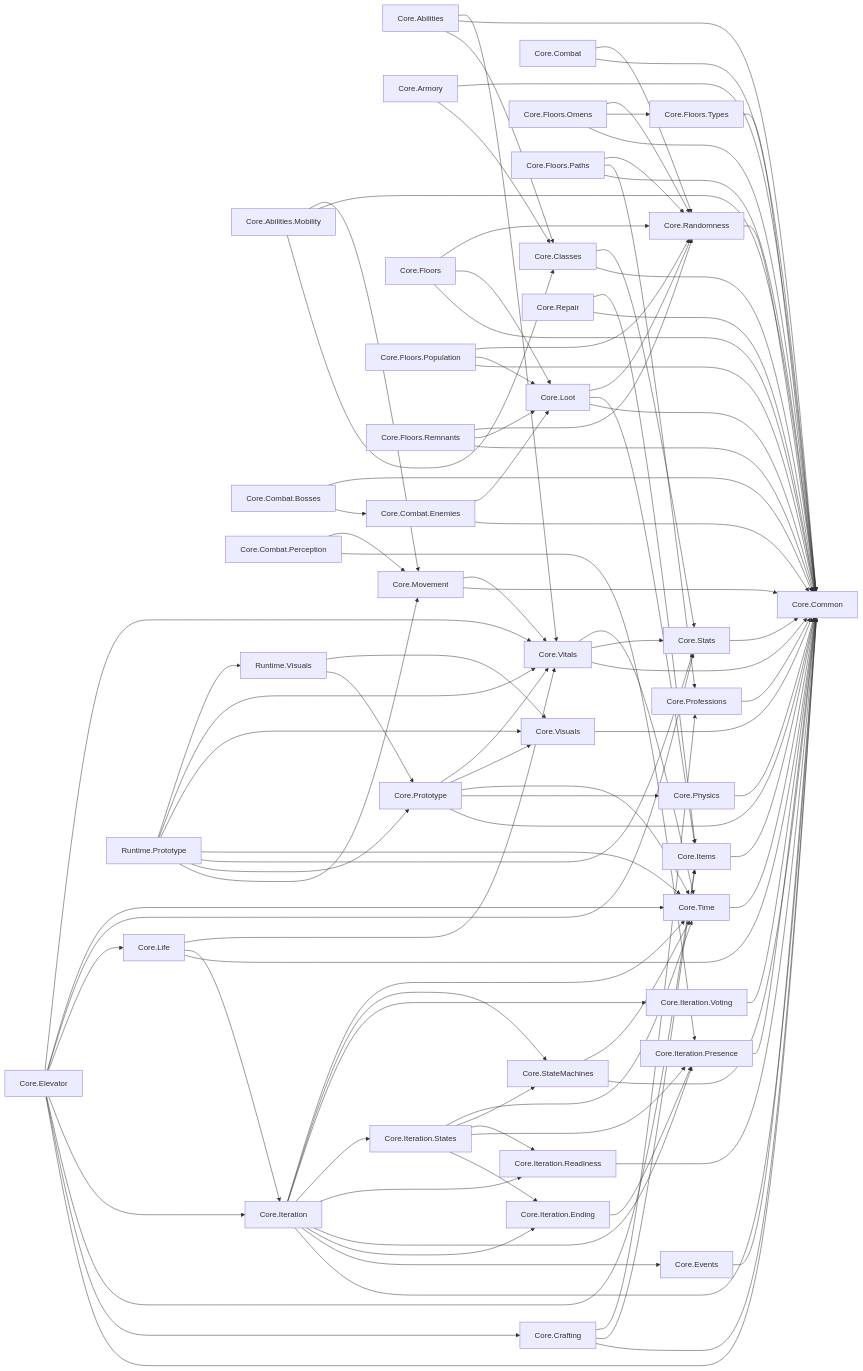
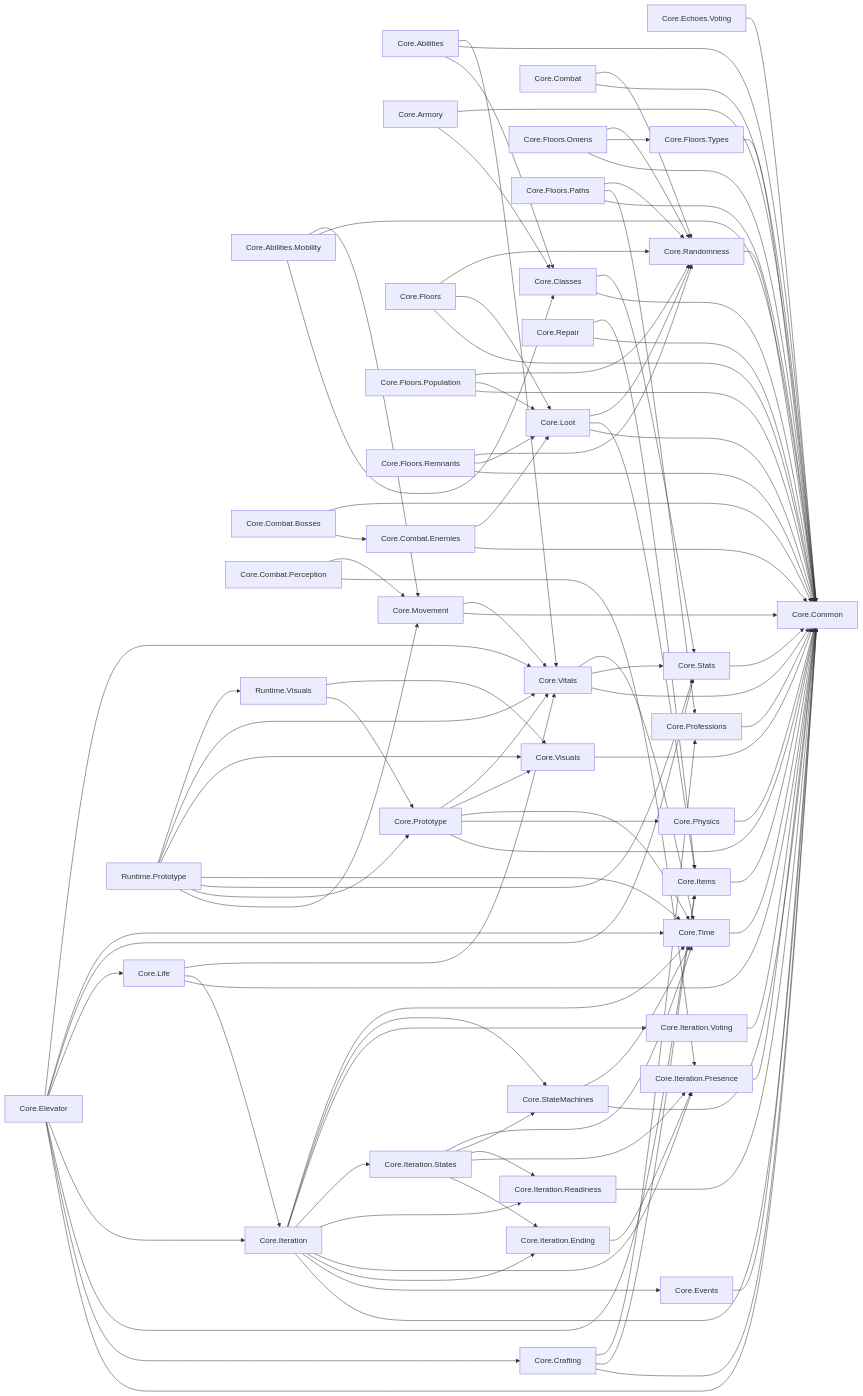
The diagram in docs/arquitectura/GRAFO.md (LazaroPol/Acensor), drawn with Mermaid before and after one commit. The commit also changed 10 other files, not shown here.

````diff
--- a/docs/arquitectura/GRAFO.md
+++ b/docs/arquitectura/GRAFO.md
@@ -14,73 +14,75 @@
   n7["Core.Combat.Perception"]
   n8["Core.Common"]
   n9["Core.Crafting"]
-  n10["Core.Elevator"]
-  n11["Core.Events"]
-  n12["Core.Floors"]
-  n13["Core.Floors.Omens"]
-  n14["Core.Floors.Paths"]
-  n15["Core.Floors.Population"]
-  n16["Core.Floors.Remnants"]
-  n17["Core.Floors.Types"]
-  n18["Core.Items"]
-  n19["Core.Iteration"]
-  n20["Core.Iteration.Ending"]
-  n21["Core.Iteration.Presence"]
-  n22["Core.Iteration.Readiness"]
-  n23["Core.Iteration.States"]
-  n24["Core.Iteration.Voting"]
-  n25["Core.Life"]
-  n26["Core.Loot"]
-  n27["Core.Movement"]
-  n28["Core.Physics"]
-  n29["Core.Professions"]
-  n30["Core.Prototype"]
-  n31["Core.Randomness"]
-  n32["Core.Repair"]
-  n33["Core.StateMachines"]
-  n34["Core.Stats"]
-  n35["Core.Time"]
-  n36["Core.Visuals"]
-  n37["Core.Vitals"]
-  n38["Runtime.Prototype"]
-  n39["Runtime.Visuals"]
-  n0 --> n3 & n8 & n37
-  n1 --> n3 & n8 & n27
+  n10["Core.Echoes.Voting"]
+  n11["Core.Elevator"]
+  n12["Core.Events"]
+  n13["Core.Floors"]
+  n14["Core.Floors.Omens"]
+  n15["Core.Floors.Paths"]
+  n16["Core.Floors.Population"]
+  n17["Core.Floors.Remnants"]
+  n18["Core.Floors.Types"]
+  n19["Core.Items"]
+  n20["Core.Iteration"]
+  n21["Core.Iteration.Ending"]
+  n22["Core.Iteration.Presence"]
+  n23["Core.Iteration.Readiness"]
+  n24["Core.Iteration.States"]
+  n25["Core.Iteration.Voting"]
+  n26["Core.Life"]
+  n27["Core.Loot"]
+  n28["Core.Movement"]
+  n29["Core.Physics"]
+  n30["Core.Professions"]
+  n31["Core.Prototype"]
+  n32["Core.Randomness"]
+  n33["Core.Repair"]
+  n34["Core.StateMachines"]
+  n35["Core.Stats"]
+  n36["Core.Time"]
+  n37["Core.Visuals"]
+  n38["Core.Vitals"]
+  n39["Runtime.Prototype"]
+  n40["Runtime.Visuals"]
+  n0 --> n3 & n8 & n38
+  n1 --> n3 & n8 & n28
   n2 --> n3 & n8
-  n3 --> n8 & n34
-  n4 --> n8 & n31
+  n3 --> n8 & n35
+  n4 --> n8 & n32
   n5 --> n6 & n8
-  n6 --> n8 & n26
-  n7 --> n21 & n27
-  n9 --> n8 & n18 & n29
-  n10 --> n8 & n9 & n18 & n19 & n25 & n34 & n35 & n37
-  n11 --> n8
-  n12 --> n8 & n26 & n31
-  n13 --> n8 & n17 & n31
-  n14 --> n8 & n29 & n31
-  n15 --> n8 & n26 & n31
-  n16 --> n8 & n26 & n31
-  n17 --> n8
+  n6 --> n8 & n27
+  n7 --> n22 & n28
+  n9 --> n8 & n19 & n30
+  n10 --> n8
+  n11 --> n8 & n9 & n19 & n20 & n26 & n35 & n36 & n38
+  n12 --> n8
+  n13 --> n8 & n27 & n32
+  n14 --> n8 & n18 & n32
+  n15 --> n8 & n30 & n32
+  n16 --> n8 & n27 & n32
+  n17 --> n8 & n27 & n32
   n18 --> n8
-  n19 --> n8 & n11 & n20 & n21 & n22 & n23 & n24 & n33 & n35
-  n20 --> n21
-  n21 --> n8
+  n19 --> n8
+  n20 --> n8 & n12 & n21 & n22 & n23 & n24 & n25 & n34 & n36
+  n21 --> n22
   n22 --> n8
-  n23 --> n20 & n21 & n22 & n33 & n35
-  n24 --> n8
-  n25 --> n8 & n19 & n37
-  n26 --> n8 & n18 & n31
-  n27 --> n8 & n37
-  n28 --> n8
+  n23 --> n8
+  n24 --> n21 & n22 & n23 & n34 & n36
+  n25 --> n8
+  n26 --> n8 & n20 & n38
+  n27 --> n8 & n19 & n32
+  n28 --> n8 & n38
   n29 --> n8
-  n30 --> n8 & n28 & n35 & n36 & n37
-  n31 --> n8
-  n32 --> n8 & n18
-  n33 --> n8 & n35
-  n34 --> n8
+  n30 --> n8
+  n31 --> n8 & n29 & n36 & n37 & n38
+  n32 --> n8
+  n33 --> n8 & n19
+  n34 --> n8 & n36
   n35 --> n8
   n36 --> n8
-  n37 --> n8 & n34 & n35
-  n38 --> n27 & n30 & n34 & n35 & n36 & n37 & n39
-  n39 --> n30 & n36
+  n37 --> n8
+  n38 --> n8 & n35 & n36
+  n39 --> n28 & n31 & n35 & n36 & n37 & n38 & n40
+  n40 --> n31 & n37
 ```
````
